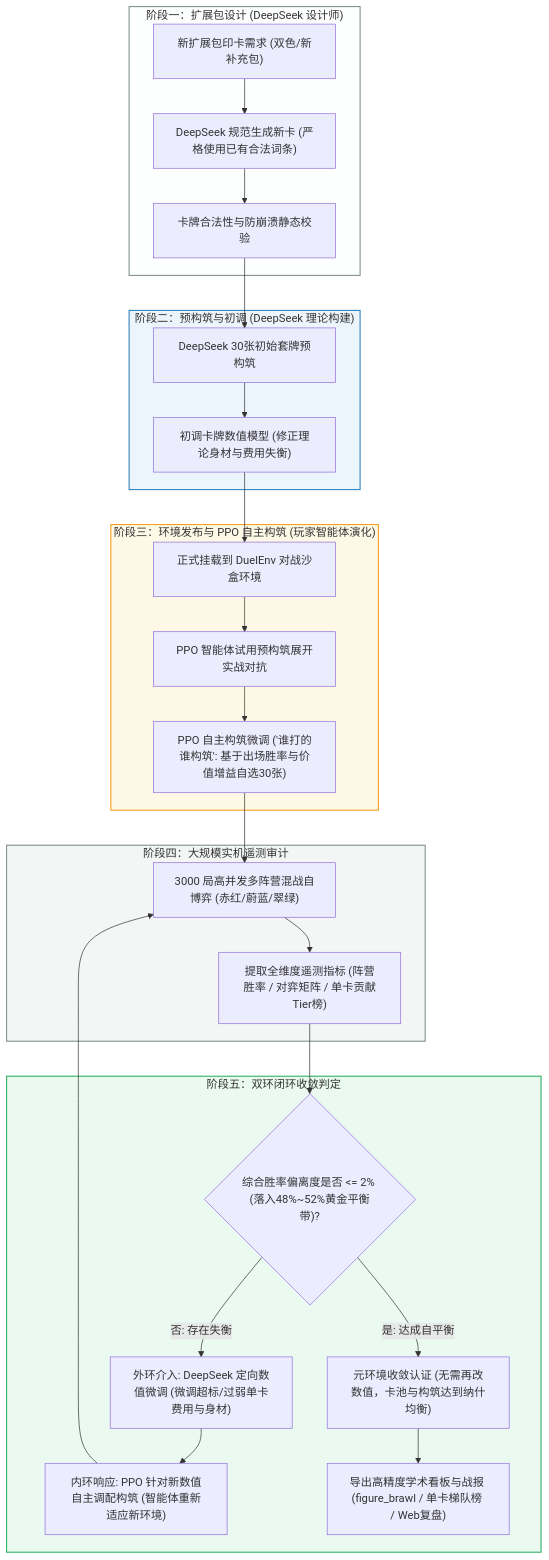
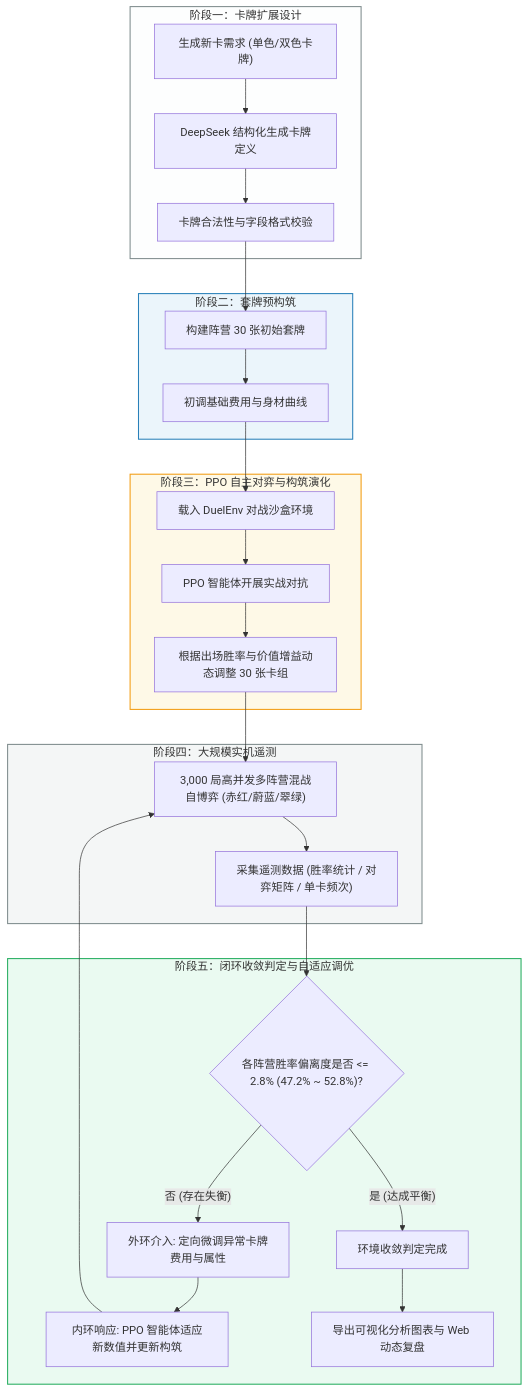
One commit to zipad0207/tcg-ai-1.0 changed the diagram in README.md. Above: the diagram before and after it, drawn with Mermaid. The commit also changed other lines of this file, not shown here.

Commit message:
Align readme metrics with figure_brawl and eliminate artificial tone

````diff
--- a/README.md
+++ b/README.md
@@ -42,40 +42,40 @@
 ```mermaid
 flowchart TD
-    subgraph S1 ["阶段一：扩展包设计 (DeepSeek 设计师)"]
-        A1["新扩展包印卡需求 (双色/新补充包)"] --> A2["DeepSeek 规范生成新卡 (严格使用已有合法词条)"]
-        A2 --> A3["卡牌合法性与防崩溃静态校验"]
+    subgraph S1 ["阶段一：卡牌扩展设计"]
+        A1["生成新卡需求 (单色/双色卡牌)"] --> A2["DeepSeek 结构化生成卡牌定义"]
+        A2 --> A3["卡牌合法性与字段格式校验"]
     end
 
-    subgraph S2 ["阶段二：预构筑与初调 (DeepSeek 理论构建)"]
-        A3 --> B1["DeepSeek 30张初始套牌预构筑"]
-        B1 --> B2["初调卡牌数值模型 (修正理论身材与费用失衡)"]
+    subgraph S2 ["阶段二：套牌预构筑"]
+        A3 --> B1["构建阵营 30 张初始套牌"]
+        B1 --> B2["初调基础费用与身材曲线"]
     end
 
-    subgraph S3 ["阶段三：环境发布与 PPO 自主构筑 (玩家智能体演化)"]
-        B2 --> C1["正式挂载到 DuelEnv 对战沙盒环境"]
-        C1 --> C2["PPO 智能体试用预构筑展开实战对抗"]
-        C2 --> C3["PPO 自主构筑微调 ('谁打的谁构筑': 基于出场胜率与价值增益自选30张)"]
+    subgraph S3 ["阶段三：PPO 自主对弈与构筑演化"]
+        B2 --> C1["载入 DuelEnv 对战沙盒环境"]
+        C1 --> C2["PPO 智能体开展实战对抗"]
+        C2 --> C3["根据出场胜率与价值增益动态调整 30 张卡组"]
     end
 
-    subgraph S4 ["阶段四：大规模实机遥测审计"]
-        C3 --> D1["3000 局高并发多阵营混战自博弈 (赤红/蔚蓝/翠绿)"]
-        D1 --> D2["提取全维度遥测指标 (阵营胜率 / 对弈矩阵 / 单卡贡献Tier榜)"]
+    subgraph S4 ["阶段四：大规模实机遥测"]
+        C3 --> D1["3,000 局高并发多阵营混战自博弈 (赤红/蔚蓝/翠绿)"]
+        D1 --> D2["采集遥测数据 (胜率统计 / 对弈矩阵 / 单卡频次)"]
     end
 
-    subgraph S5 ["阶段五：双环闭环收敛判定"]
-        D2 --> E1{"综合胜率偏离度是否 <= 2% (落入48%~52%黄金平衡带)?"}
+    subgraph S5 ["阶段五：闭环收敛判定与自适应调优"]
+        D2 --> E1{"各阵营胜率偏离度是否 <= 2.8% (47.2% ~ 52.8%)?"}
         
-        E1 -- "否: 存在失衡" --> F1["外环介入: DeepSeek 定向数值微调 (微调超标/过弱单卡费用与身材)"]
-        F1 --> F2["内环响应: PPO 针对新数值自主调配构筑 (智能体重新适应新环境)"]
+        E1 -- "否 (存在失衡)" --> F1["外环介入: 定向微调异常卡牌费用与属性"]
+        F1 --> F2["内环响应: PPO 智能体适应新数值并更新构筑"]
         F2 --> D1
 
-        E1 -- "是: 达成自平衡" --> G1["元环境收敛认证 (无需再改数值，卡池与构筑达到纳什均衡)"]
-        G1 --> G2["导出高精度学术看板与战报 (figure_brawl / 单卡梯队榜 / Web复盘)"]
+        E1 -- "是 (达成平衡)" --> G1["环境收敛判定完成"]
+        G1 --> G2["导出可视化分析图表与 Web 动态复盘"]
     end
 
     style S1 fill:#fdfefe,stroke:#7f8c8d,stroke-width:1.5px
     style S2 fill:#ebf5fb,stroke:#2980b9,stroke-width:1.5px
     style S3 fill:#fef9e7,stroke:#f39c12,stroke-width:1.5px
     style S4 fill:#f4f6f6,stroke:#7f8c8d,stroke-width:1.5px
     style S5 fill:#eafaf1,stroke:#27ae60,stroke-width:1.5px
 ```
````
